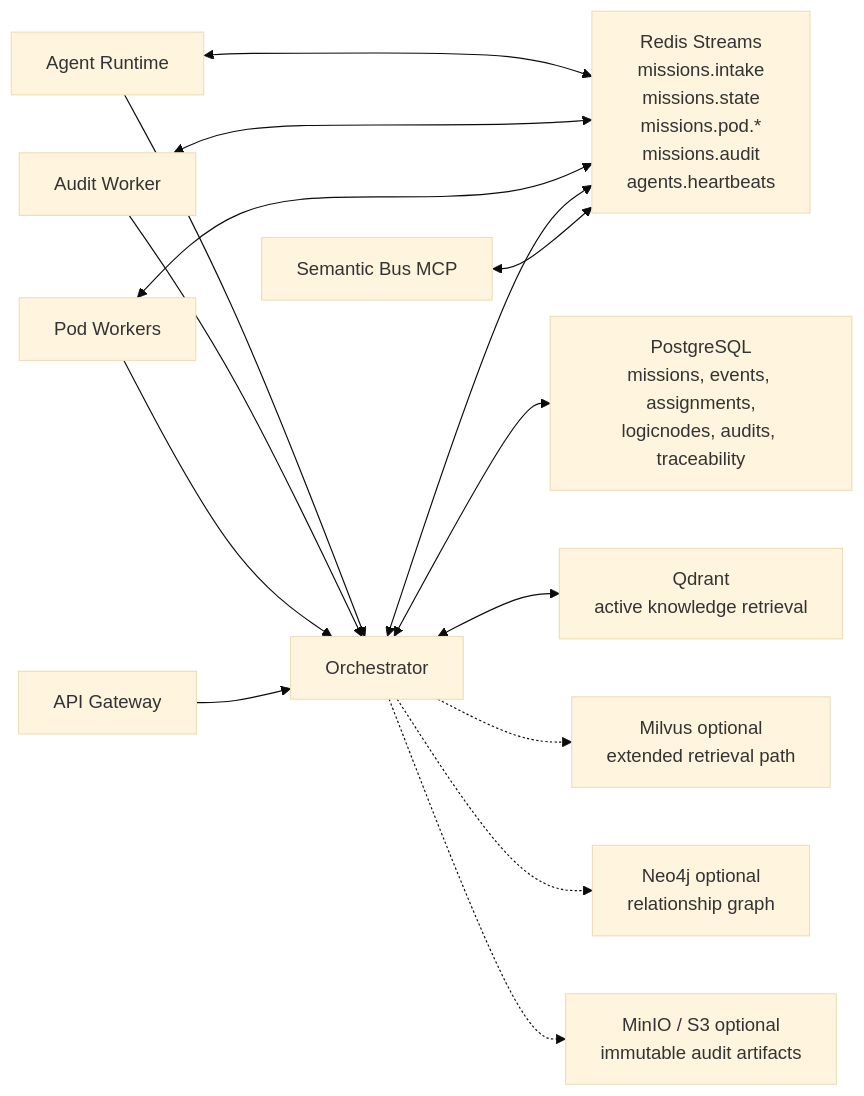
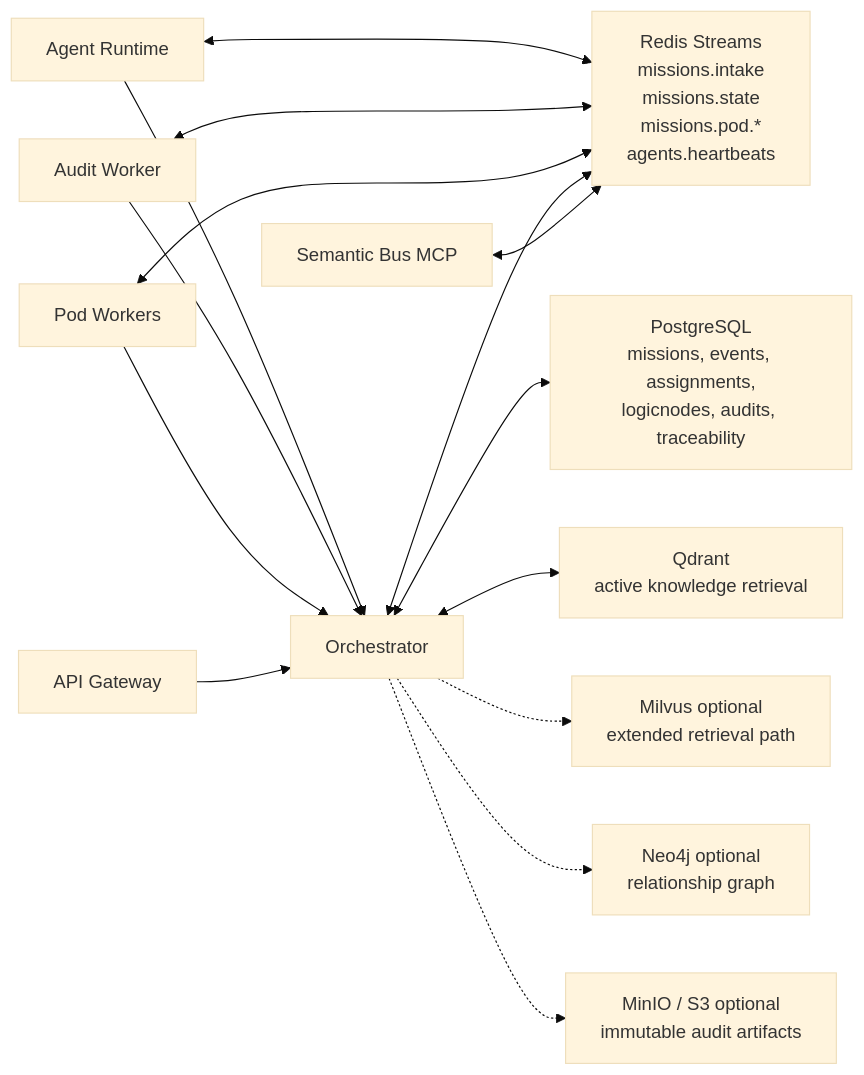
The sixth of 8 diagrams in docs/ARCHITECTURE_DIAGRAMS.md (kherrera6219/theFactory), drawn with Mermaid (base theme) before and after one commit. The commit also changed 2 other files, not shown here.

Commit message:
docs: reconcile audit stream, language-count, and topology gaps
- Remove non-existent missions.audit stream from ARCHITECTURE_DIAGRAMS.md
  Mermaid diagram; ARCHITECTURE.md already stated this correctly on line 277
- Add reconciliation header to pod_language_extraction_2026-03-03.md noting
  the engine expanded from 16 languages/169 patterns to 20 keys/232 patterns
  (Go, Zig, Haskell, OCaml added since that evidence snapshot)
- Update IMPLEMENTATION_STATUS.md: mark gaps 1 and 3 resolved, update the
  dedicated topology note to reflect agent-36/37/38 are now fully wired,
  add Resolved Since Last Snapshot section tracking 2026-04-12 changes

````diff
--- a/docs/ARCHITECTURE_DIAGRAMS.md
+++ b/docs/ARCHITECTURE_DIAGRAMS.md
@@ -314,31 +314,31 @@
 ```mermaid
 flowchart LR
     GW["API Gateway"]
     Orch["Orchestrator"]
     Bus["Semantic Bus MCP"]
     Pod["Pod Workers"]
     Audit["Audit Worker"]
     AgentRT["Agent Runtime"]
 
-    Redis["Redis Streams\nmissions.intake\nmissions.state\nmissions.pod.*\nmissions.audit\nagents.heartbeats"]
+    Redis["Redis Streams\nmissions.intake\nmissions.state\nmissions.pod.*\nagents.heartbeats"]
     PG["PostgreSQL\nmissions, events, assignments,\nlogicnodes, audits, traceability"]
     Qdrant["Qdrant\nactive knowledge retrieval"]
     Milvus["Milvus optional\nextended retrieval path"]
     Neo4j["Neo4j optional\nrelationship graph"]
     MinIO["MinIO / S3 optional\nimmutable audit artifacts"]
 
     GW --> Orch
     Bus <--> Redis
     Orch <--> Redis
     Orch <--> PG
     Orch <--> Qdrant
     Orch -.-> Milvus
     Orch -.-> Neo4j
     Orch -.-> MinIO
     Pod <--> Redis
     Pod --> Orch
     Audit <--> Redis
     Audit --> Orch
     AgentRT <--> Redis
     AgentRT --> Orch
 ```
````
